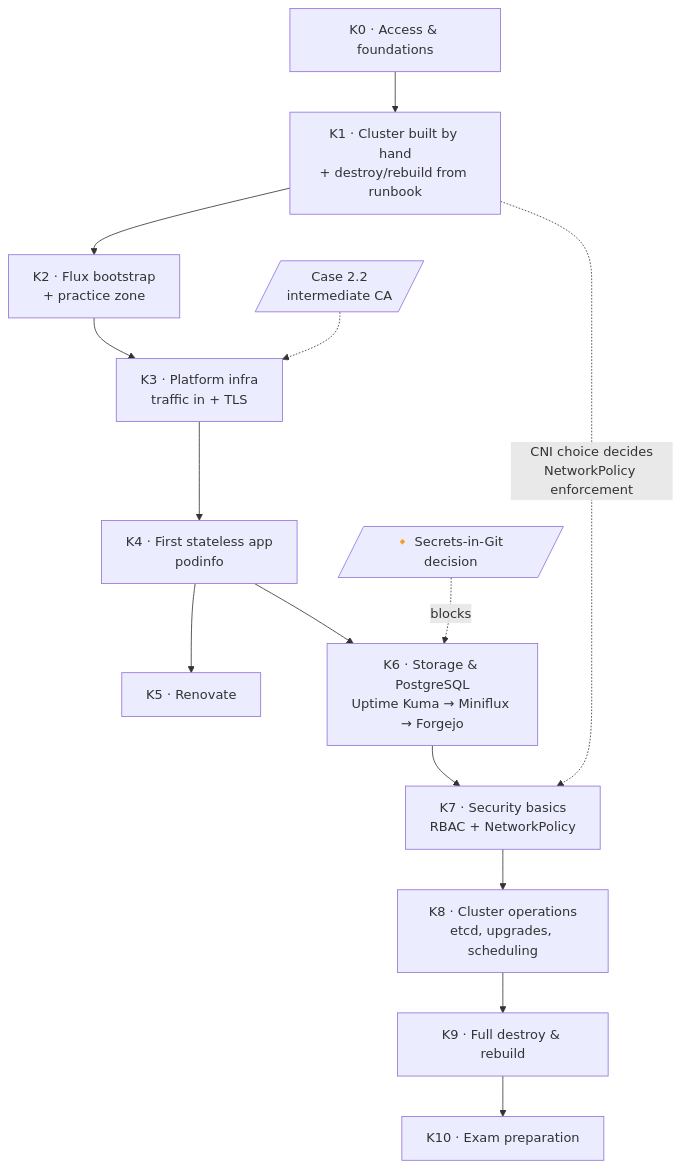
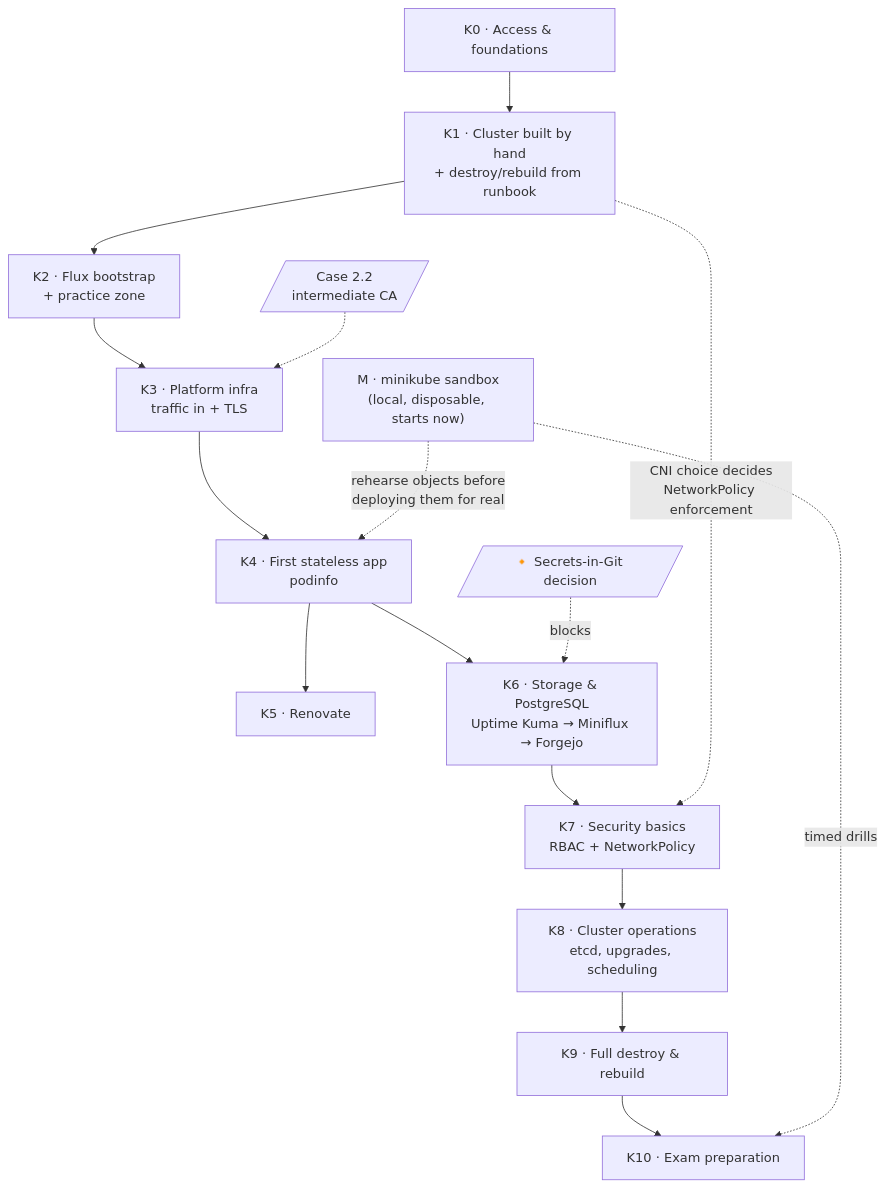
The second of 2 diagrams in docs/k8s-lab-plan.md (milaneuh/homelab), drawn with Mermaid before and after one commit. The commit also changed other lines of this file and 4 other files, not shown here.

````diff
--- a/docs/k8s-lab-plan.md
+++ b/docs/k8s-lab-plan.md
@@ -48,21 +48,26 @@
 ```mermaid
 flowchart TD
     K0["K0 · Access & foundations"]
     K1["K1 · Cluster built by hand<br/>+ destroy/rebuild from runbook"]
     K2["K2 · Flux bootstrap<br/>+ practice zone"]
     K3["K3 · Platform infra<br/>traffic in + TLS"]
     K4["K4 · First stateless app<br/>podinfo"]
     K5["K5 · Renovate"]
     K6["K6 · Storage & PostgreSQL<br/>Uptime Kuma → Miniflux → Forgejo"]
     K7["K7 · Security basics<br/>RBAC + NetworkPolicy"]
     K8["K8 · Cluster operations<br/>etcd, upgrades, scheduling"]
     K9["K9 · Full destroy & rebuild"]
     K10["K10 · Exam preparation"]
 
+    M["M · minikube sandbox<br/>(local, disposable, starts now)"]
+
     K0 --> K1 --> K2 --> K3 --> K4 --> K5
     K4 --> K6 --> K7 --> K8 --> K9 --> K10
+
+    M -.->|"rehearse objects before<br/>deploying them for real"| K4
+    M -.->|"timed drills"| K10
 
     PKI[/"Case 2.2<br/>intermediate CA"/] -.-> K3
     SEC[/"🔸 Secrets-in-Git decision"/] -.->|blocks| K6
     K1 -.->|"CNI choice decides<br/>NetworkPolicy enforcement"| K7
 ```
````
